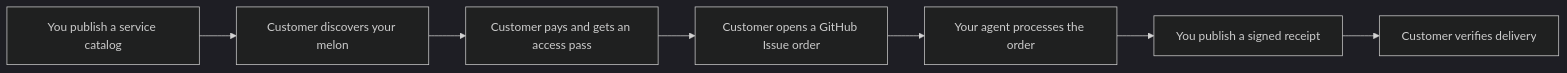
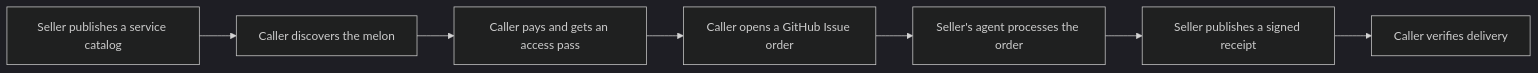
The diagram in README.md (imjszhang/js-creamlon), drawn with Mermaid (dark theme) before and after one commit. The commit also changed other lines of this file and 4 other files, not shown here.

````diff
--- a/README.md
+++ b/README.md
@@ -42,9 +55,9 @@
 ```mermaid
 flowchart LR
-  Publish["You publish a service catalog"] --> Discover["Customer discovers your melon"]
-  Discover --> Pay["Customer pays and gets an access pass"]
-  Pay --> Order["Customer opens a GitHub Issue order"]
-  Order --> Work["Your agent processes the order"]
-  Work --> Receipt["You publish a signed receipt"]
-  Receipt --> Verify["Customer verifies delivery"]
+  Publish["Seller publishes a service catalog"] --> Discover["Caller discovers the melon"]
+  Discover --> Pay["Caller pays and gets an access pass"]
+  Pay --> Order["Caller opens a GitHub Issue order"]
+  Order --> Work["Seller's agent processes the order"]
+  Work --> Receipt["Seller publishes a signed receipt"]
+  Receipt --> Verify["Caller verifies delivery"]
 ```
````
